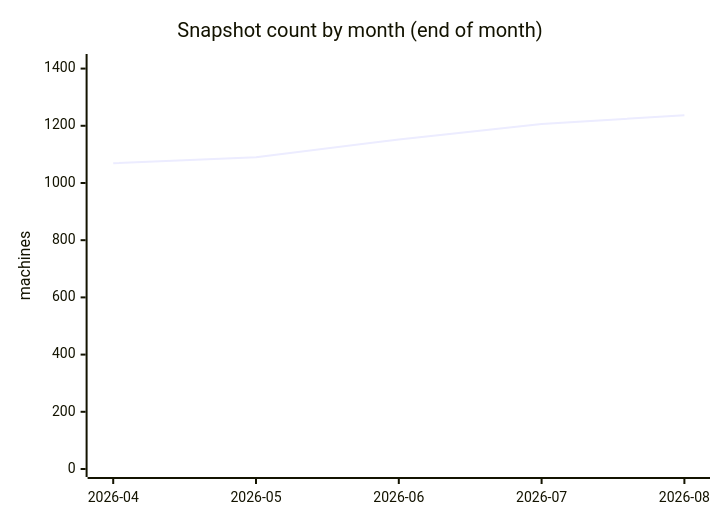
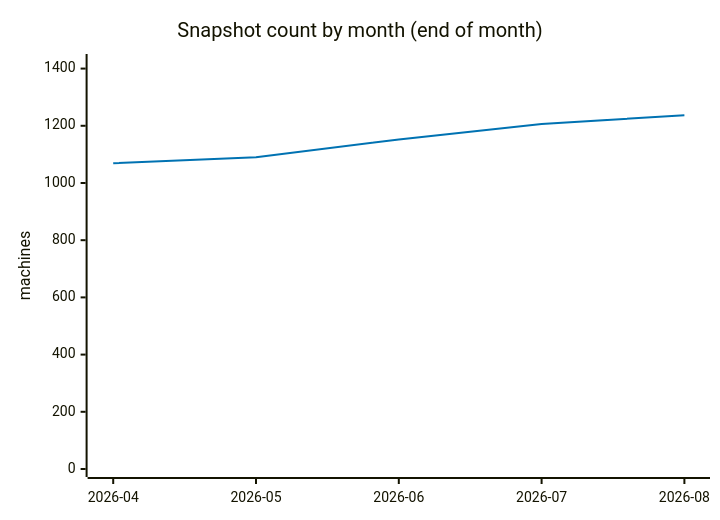
One commit to cheeaun/returnright-data changed the sixth of 7 diagrams in ANALYSIS.md. Above: the diagram before and after it, drawn with Mermaid. The commit also changed other lines of this file and 1 other file, not shown here.

Commit message:
Use Okabe-Ito colorblind-safe palette for mermaid charts

````diff
--- a/ANALYSIS.md
+++ b/ANALYSIS.md
@@ -256,7 +286,13 @@
 ```mermaid
+---
+config:
+  themeVariables:
+    xyChart:
+      plotColorPalette: "#0072B2"
+---
 xychart-beta
     title "Snapshot count by month (end of month)"
     x-axis ["2026-04", "2026-05", "2026-06", "2026-07", "2026-08"]
     y-axis "machines" 0 --> 1423
     line [1069, 1090, 1152, 1206, 1237]
 ```
````
